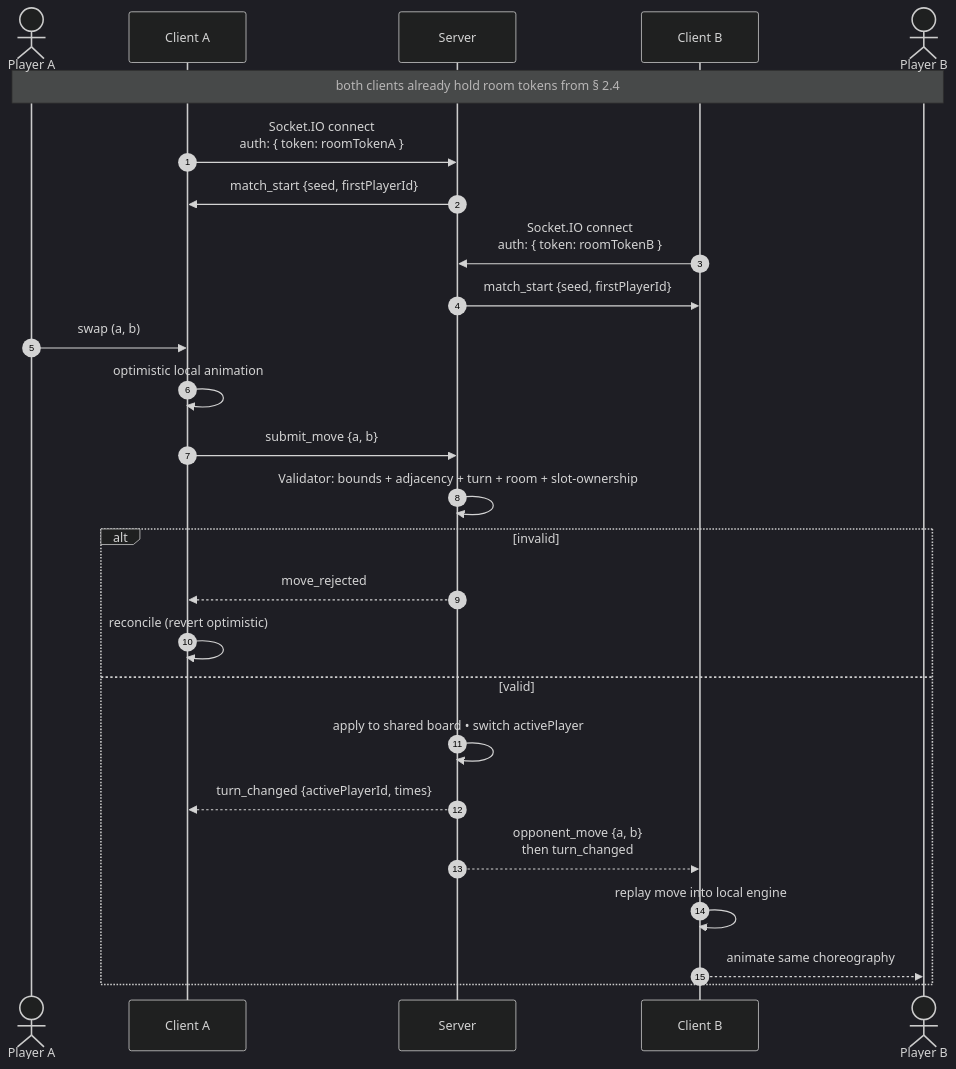
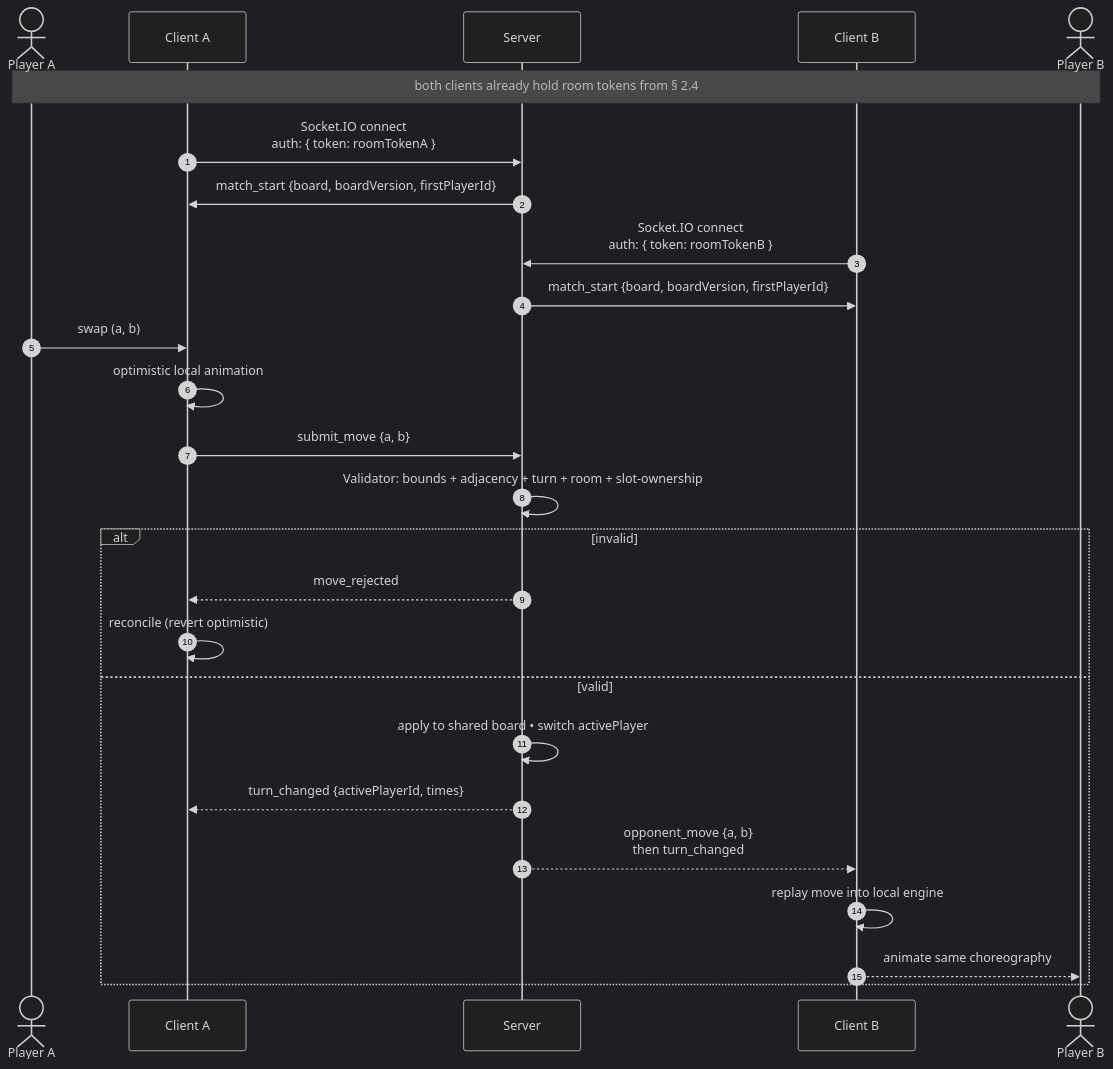
Before and after one commit to BuiHoangTu/match3-competitive-fe: the seventh of 11 diagrams in specification/system-design.md, drawn with Mermaid (dark theme). The commit also changed other lines of this file and 11 other files, not shown here.

````diff
--- a/specification/system-design.md
+++ b/specification/system-design.md
@@ -357,28 +357,28 @@
 ```mermaid
 sequenceDiagram
     autonumber
     actor A as Player A
     participant CA as Client A
     participant S as Server
     participant CB as Client B
     actor B as Player B
     Note over A,B: both clients already hold room tokens from § 2.4
     CA->>S: Socket.IO connect<br/>auth: { token: roomTokenA }
-    S->>CA: match_start {seed, firstPlayerId}
+    S->>CA: match_start {board, boardVersion, firstPlayerId}
     CB->>S: Socket.IO connect<br/>auth: { token: roomTokenB }
-    S->>CB: match_start {seed, firstPlayerId}
+    S->>CB: match_start {board, boardVersion, firstPlayerId}
     A->>CA: swap (a, b)
     CA->>CA: optimistic local animation
     CA->>S: submit_move {a, b}
     S->>S: Validator: bounds + adjacency + turn + room + slot-ownership
     alt invalid
         S-->>CA: move_rejected
         CA->>CA: reconcile (revert optimistic)
     else valid
         S->>S: apply to shared board • switch activePlayer
         S-->>CA: turn_changed {activePlayerId, times}
         S-->>CB: opponent_move {a, b}<br/>then turn_changed
         CB->>CB: replay move into local engine
         CB-->>B: animate same choreography
     end
 ```
````
